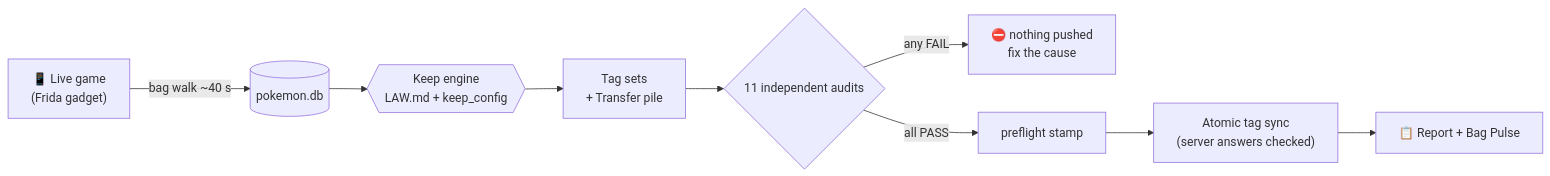
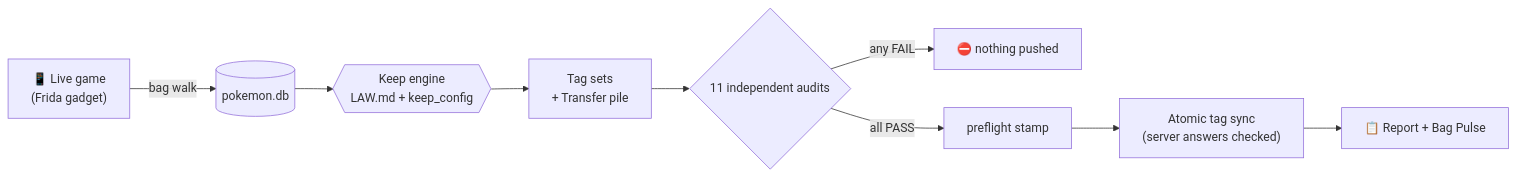
The first of 2 diagrams in README.md (BennyWaitWhat/PoGo-Gotta-Catch-Em-All), drawn with Mermaid before and after one commit. The commit also changed other lines of this file and 1 other file, not shown here.

````diff
--- a/README.md
+++ b/README.md
@@ -57,11 +140,11 @@
 ```mermaid
 flowchart LR
-    A["📱 Live game<br/>(Frida gadget)"] -->|bag walk ~40 s| B[("pokemon.db")]
+    A["📱 Live game<br/>(Frida gadget)"] -->|bag walk| B[("pokemon.db")]
     B --> C{{"Keep engine<br/>LAW.md + keep_config"}}
     C --> D["Tag sets<br/>+ Transfer pile"]
     D --> E{"11 independent audits"}
-    E -- any FAIL --> X["⛔ nothing pushed<br/>fix the cause"]
+    E -- any FAIL --> X["⛔ nothing pushed"]
     E -- all PASS --> F["preflight stamp"]
     F --> G["Atomic tag sync<br/>(server answers checked)"]
     G --> H["📋 Report + Bag Pulse"]
 ```
````
